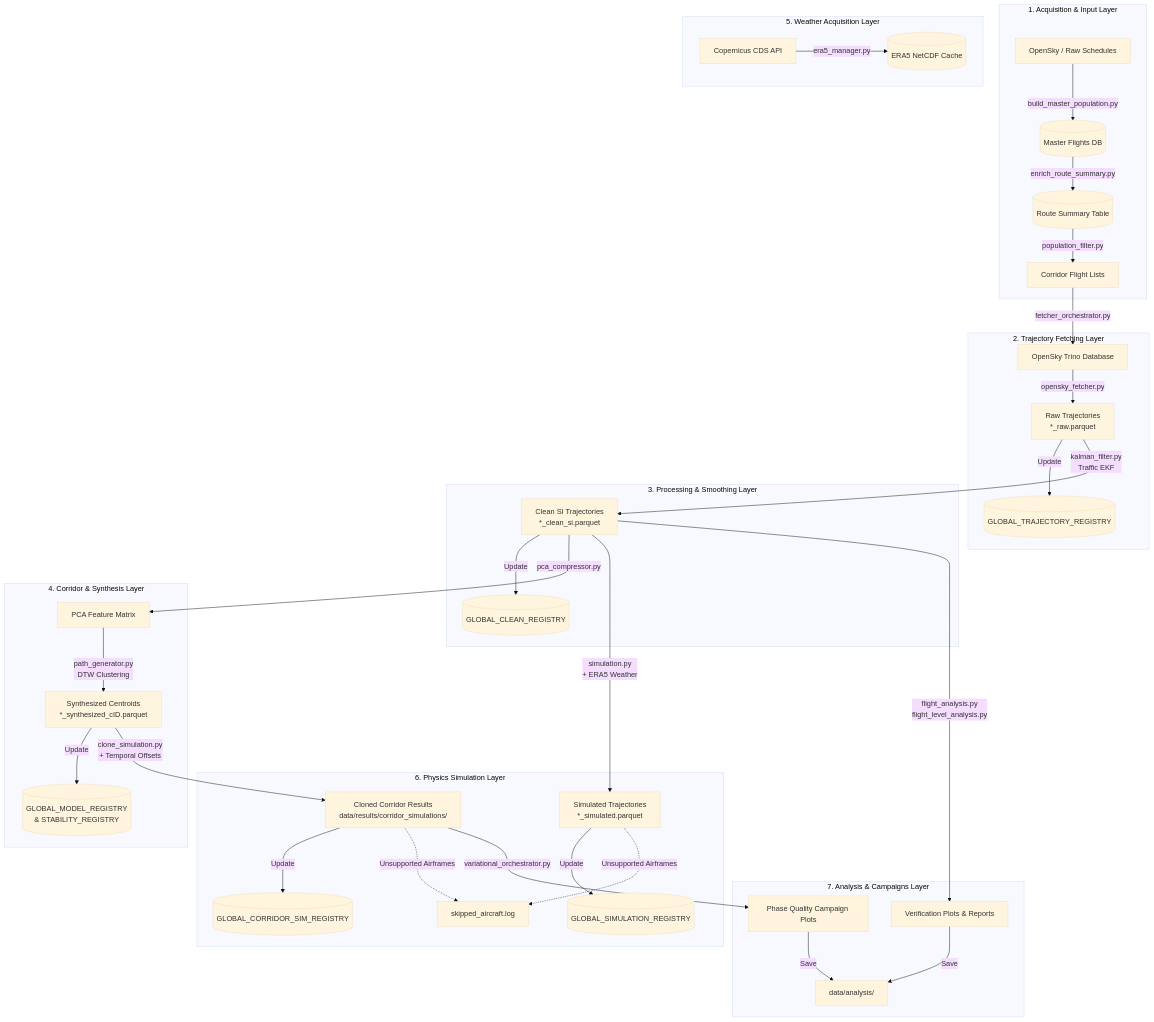
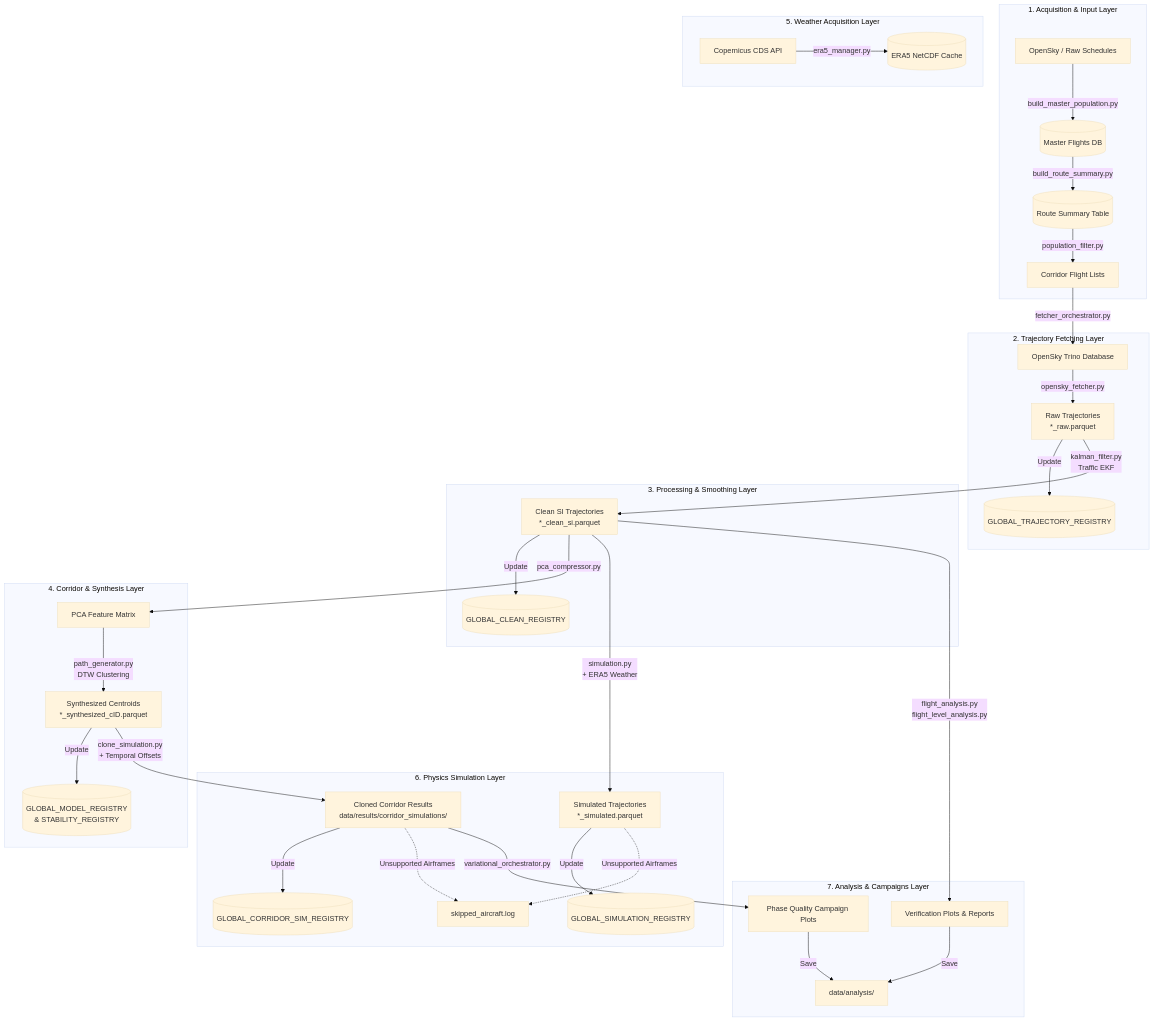
Before and after one commit to Bauzement123/flight-physics-pipeline: the diagram in src/Architecture Blueprint.md, drawn with Mermaid (base theme). The commit also changed other lines of this file and 11 other files, not shown here.

Commit message:
refactor(acquisition): consolidate route summary generation into build_route_summary and clean commons [tested]

````diff
--- a/src/Architecture Blueprint.md
+++ b/src/Architecture Blueprint.md
@@ -322,45 +322,45 @@
 ```mermaid
 flowchart TD
     subgraph Input_Layer ["1. Acquisition & Input Layer"]
         A[OpenSky / Raw Schedules] -->|build_master_population.py| B[(Master Flights DB)]
-        B -->|enrich_route_summary.py| C[(Route Summary Table)]
+        B -->|build_route_summary.py| C[(Route Summary Table)]
         C -->|population_filter.py| D[Corridor Flight Lists]
     end
 
     subgraph Fetching_Layer ["2. Trajectory Fetching Layer"]
         D -->|fetcher_orchestrator.py| E[OpenSky Trino Database]
         E -->|opensky_fetcher.py| F[Raw Trajectories<br/>*_raw.parquet]
         F -->|Update| G[(GLOBAL_TRAJECTORY_REGISTRY)]
     end
 
     subgraph Processing_Layer ["3. Processing & Smoothing Layer"]
         F -->|kalman_filter.py<br/>Traffic EKF| H[Clean SI Trajectories<br/>*_clean_si.parquet]
         H -->|Update| I[(GLOBAL_CLEAN_REGISTRY)]
     end
 
     subgraph Corridor_Layer ["4. Corridor & Synthesis Layer"]
         H -->|pca_compressor.py| J[PCA Feature Matrix]
         J -->|path_generator.py<br/>DTW Clustering| K[Synthesized Centroids<br/>*_synthesized_cID.parquet]
         K -->|Update| L[(GLOBAL_MODEL_REGISTRY<br/>& STABILITY_REGISTRY)]
     end
 
     subgraph Weather_Layer ["5. Weather Acquisition Layer"]
         M[Copernicus CDS API] -->|era5_manager.py| N[(ERA5 NetCDF Cache)]
     end
 
     subgraph Simulation_Layer ["6. Physics Simulation Layer"]
         H -->|simulation.py<br/>+ ERA5 Weather| O[Simulated Trajectories<br/>*_simulated.parquet]
         K -->|clone_simulation.py<br/>+ Temporal Offsets| P[Cloned Corridor Results<br/>data/results/corridor_simulations/]
         O -->|Update| Q[(GLOBAL_SIMULATION_REGISTRY)]
         P -->|Update| R[(GLOBAL_CORRIDOR_SIM_REGISTRY)]
         O -.->|Unsupported Airframes| S[skipped_aircraft.log]
         P -.->|Unsupported Airframes| S
     end
 
     subgraph Analysis_Layer ["7. Analysis & Campaigns Layer"]
         H -->|flight_analysis.py<br/>flight_level_analysis.py| T[Verification Plots & Reports]
         P -->|variational_orchestrator.py| U[Phase Quality Campaign Plots]
         T -->|Save| V[data/analysis/]
         U -->|Save| V
     end
 ```
````
